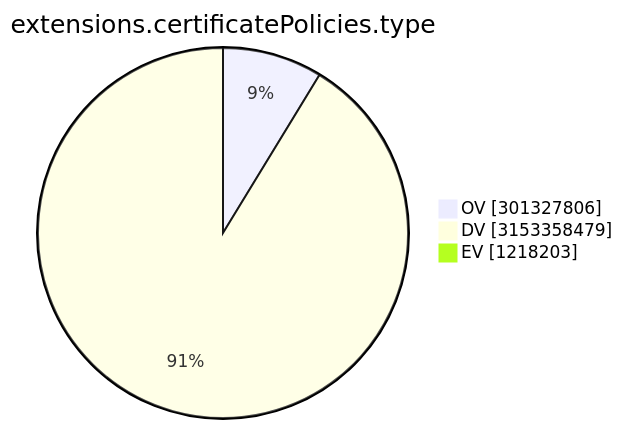
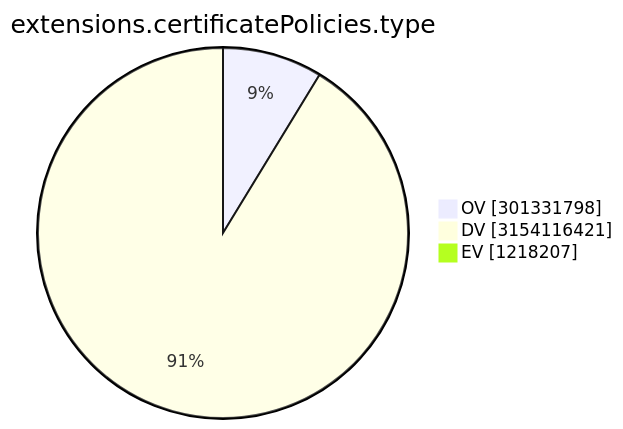
The ninth of 15 diagrams in TOTAL/README.md (christiankrug/ctmonitor_visualization), drawn with Mermaid before and after one commit. The commit also changed other lines of this file, not shown here.

````diff
--- a/TOTAL/README.md
+++ b/TOTAL/README.md
@@ -3105,7 +3105,7 @@
 ```mermaid
 pie showData
 title extensions.certificatePolicies.type
-"OV" :301327806
-"DV" :3153358479
-"EV" :1218203
+"OV" :301331798
+"DV" :3154116421
+"EV" :1218207
 ```
````
